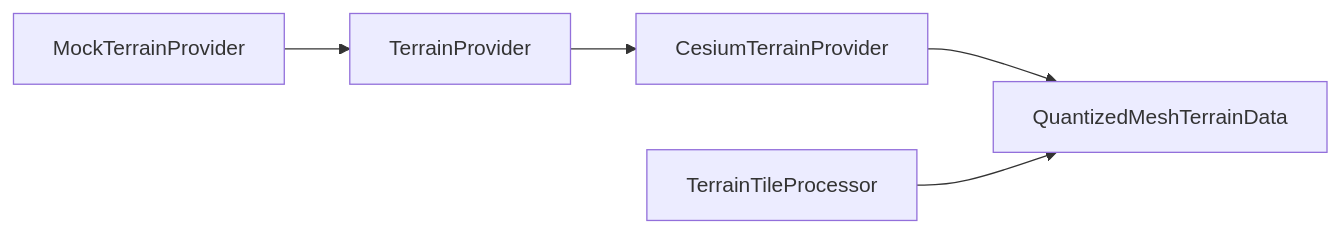
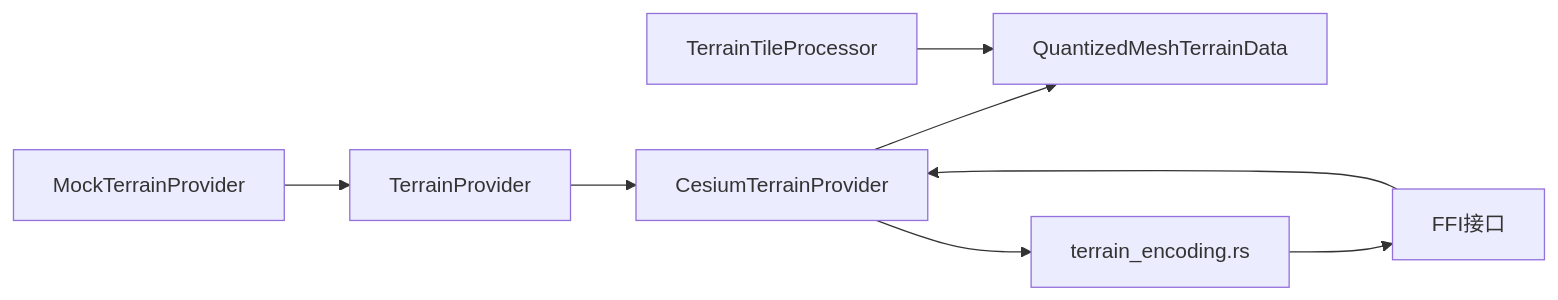
The seventh of 7 diagrams in .qoder/repowiki/zh/content/项目概述/核心特性/地形与影像系统/地形数据提供者系统.md (rzhangjing/cesium), drawn with Mermaid before and after one commit. The commit also changed other lines of this file and 56 other files, not shown here.

````diff
--- a/.qoder/repowiki/zh/content/项目概述/核心特性/地形与影像系统/地形数据提供者系统.md
+++ b/.qoder/repowiki/zh/content/项目概述/核心特性/地形与影像系统/地形数据提供者系统.md
@@ -273,7 +374,10 @@
 ```mermaid
 graph LR
 TP["TerrainProvider"] --> CT["CesiumTerrainProvider"]
 CT --> QM["QuantizedMeshTerrainData"]
+CT --> TE["terrain_encoding.rs"]
+TE --> FFI["FFI接口"]
+FFI --> CT
 MTP["MockTerrainProvider"] --> TP
 TTP["TerrainTileProcessor"] --> QM
 ```
````
